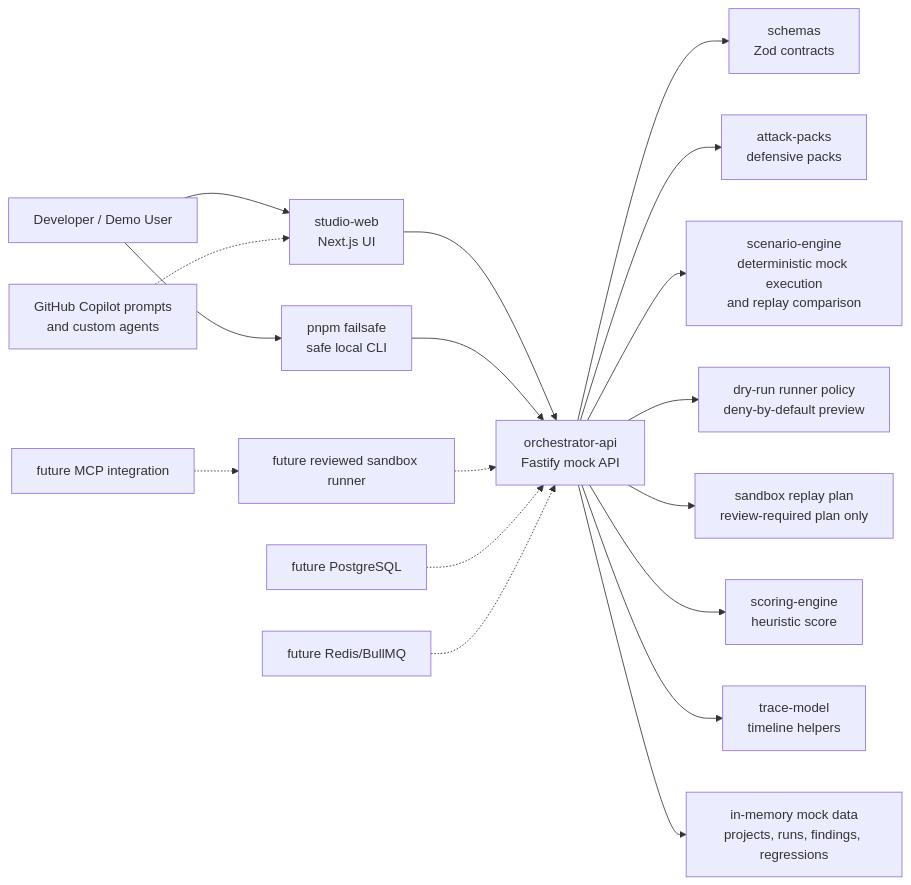
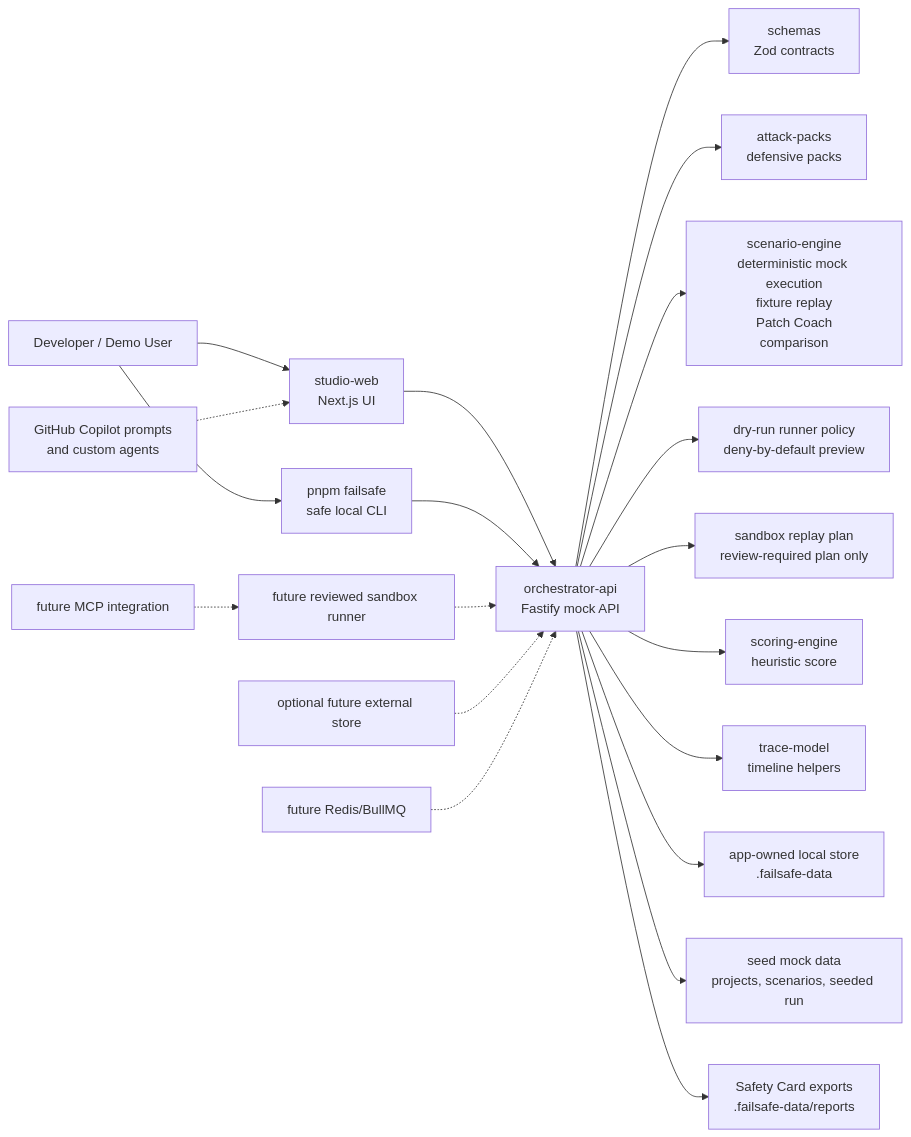
One commit to RandomEdge999/FailSafe changed the diagram in docs/architecture.md. Above: the diagram before and after it, drawn with Mermaid. The commit also changed other lines of this file and 36 other files, not shown here.

Commit message:
feat: complete local crash-test studio flows

````diff
--- a/docs/architecture.md
+++ b/docs/architecture.md
@@ -7,20 +7,22 @@
 ```mermaid
 flowchart LR
   User["Developer / Demo User"] --> Studio["studio-web<br/>Next.js UI"]
   User --> CLI["pnpm failsafe<br/>safe local CLI"]
   Studio --> API["orchestrator-api<br/>Fastify mock API"]
   CLI --> API
   API --> Schemas["schemas<br/>Zod contracts"]
   API --> Packs["attack-packs<br/>defensive packs"]
-  API --> ScenarioEngine["scenario-engine<br/>deterministic mock execution<br/>and replay comparison"]
+  API --> ScenarioEngine["scenario-engine<br/>deterministic mock execution<br/>fixture replay<br/>Patch Coach<br/>comparison"]
   API --> RunnerPolicy["dry-run runner policy<br/>deny-by-default preview"]
   API --> SandboxPlan["sandbox replay plan<br/>review-required plan only"]
   API --> Scoring["scoring-engine<br/>heuristic score"]
   API --> Trace["trace-model<br/>timeline helpers"]
-  API --> MockData["in-memory mock data<br/>projects, runs, findings, regressions"]
+  API --> Store["app-owned local store<br/>.failsafe-data"]
+  API --> MockData["seed mock data<br/>projects, scenarios, seeded run"]
+  API --> Reports["Safety Card exports<br/>.failsafe-data/reports"]
   FutureRunner["future reviewed sandbox runner"] -.-> API
-  FutureStore["future PostgreSQL"] -.-> API
+  FutureStore["optional future external store"] -.-> API
   FutureQueue["future Redis/BullMQ"] -.-> API
   FutureMcp["future MCP integration"] -.-> FutureRunner
   Copilot["GitHub Copilot prompts<br/>and custom agents"] -.-> Studio
 ```
````
